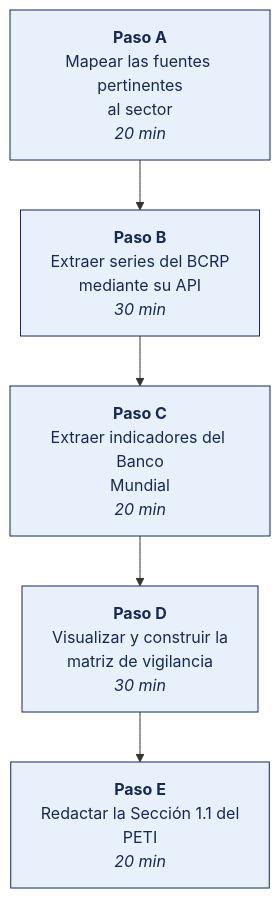
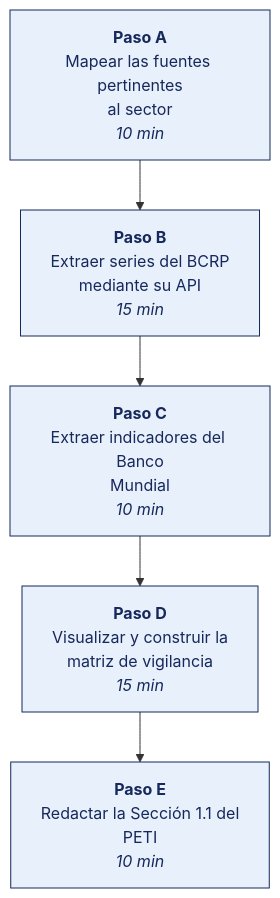
One commit to OscarJimenezFlores/PETI changed the diagram in SEMANA-02/3-TALLER.md. Above: the diagram before and after it, drawn with Mermaid. The commit also changed other lines of this file and 18 other files, not shown here.

````diff
--- a/SEMANA-02/3-TALLER.md
+++ b/SEMANA-02/3-TALLER.md
@@ -11,11 +13,11 @@
 ```mermaid
 flowchart TD
-    PA["<b>Paso A</b><br/>Mapear las fuentes pertinentes<br/>al sector<br/><i>20 min</i>"]
-    PB["<b>Paso B</b><br/>Extraer series del BCRP<br/>mediante su API<br/><i>30 min</i>"]
-    PC["<b>Paso C</b><br/>Extraer indicadores del Banco<br/>Mundial<br/><i>20 min</i>"]
-    PD["<b>Paso D</b><br/>Visualizar y construir la<br/>matriz de vigilancia<br/><i>30 min</i>"]
-    PE["<b>Paso E</b><br/>Redactar la Sección 1.1 del<br/>PETI<br/><i>20 min</i>"]
+    PA["<b>Paso A</b><br/>Mapear las fuentes pertinentes<br/>al sector<br/><i>10 min</i>"]
+    PB["<b>Paso B</b><br/>Extraer series del BCRP<br/>mediante su API<br/><i>15 min</i>"]
+    PC["<b>Paso C</b><br/>Extraer indicadores del Banco<br/>Mundial<br/><i>10 min</i>"]
+    PD["<b>Paso D</b><br/>Visualizar y construir la<br/>matriz de vigilancia<br/><i>15 min</i>"]
+    PE["<b>Paso E</b><br/>Redactar la Sección 1.1 del<br/>PETI<br/><i>10 min</i>"]
     PA --> PB --> PC --> PD --> PE
     classDef paso fill:#E8F1FB,stroke:#16285C,stroke-width:1px,color:#16285C;
     class PA,PB,PC,PD,PE paso;
 ```
````
